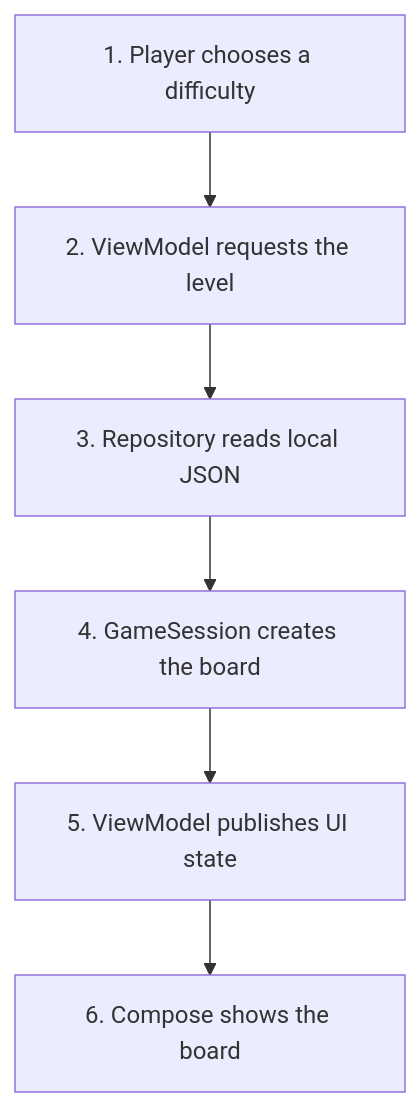
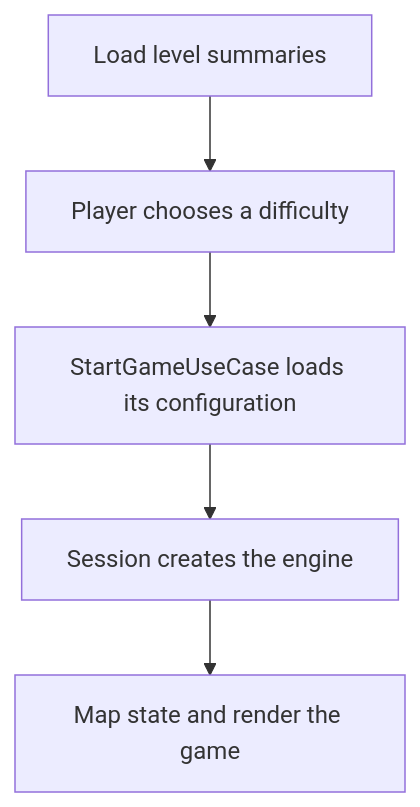
One commit to mohodroid/mine-sweaper changed the fourth of 5 diagrams in README.md. Above: the diagram before and after it, drawn with Mermaid. The commit also changed other lines of this file and 133 other files, not shown here.

First line of the commit message:
Refactor into clean architecture modules and feature MVI

````diff
--- a/README.md
+++ b/README.md
@@ -140,8 +269,7 @@
 ```mermaid
 flowchart TD
-    Choose["1. Player chooses a difficulty"] --> Load["2. ViewModel requests the level"]
-    Load --> Read["3. Repository reads local JSON"]
-    Read --> Build["4. GameSession creates the board"]
-    Build --> State["5. ViewModel publishes UI state"]
-    State --> Show["6. Compose shows the board"]
+    Levels["Load level summaries"] --> Choice["Player chooses a difficulty"]
+    Choice --> Start["StartGameUseCase loads its configuration"]
+    Start --> Session["Session creates the engine"]
+    Session --> Render["Map state and render the game"]
 ```
````
